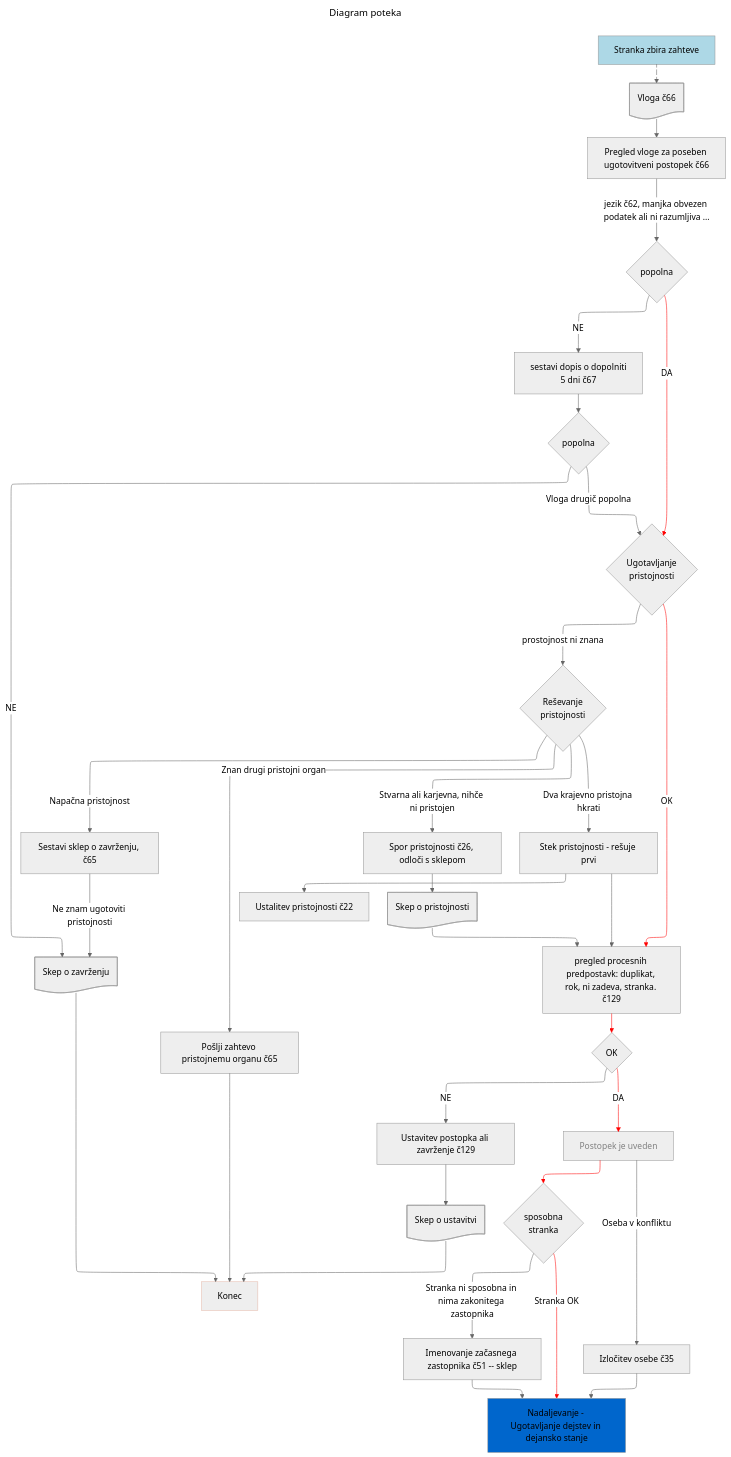
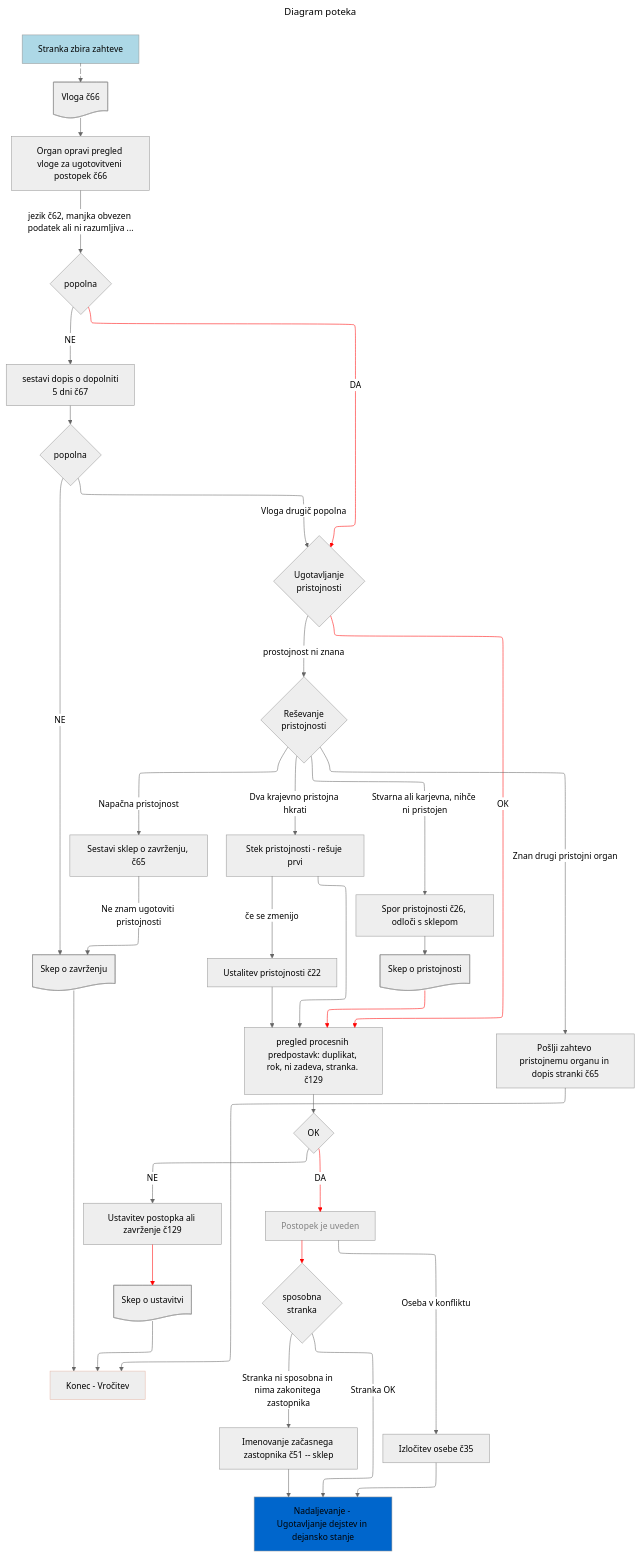
One commit to jernejiv/ZUP changed the diagram in podprocesi/ZUP-uvedba.md. Above: the diagram before and after it, drawn with Mermaid (neutral theme).

````diff
--- a/podprocesi/ZUP-uvedba.md
+++ b/podprocesi/ZUP-uvedba.md
@@ -2,55 +2,57 @@
 ```mermaid
 ---
 config:
   layout: elk
 title: Diagram poteka
 ---
 flowchart
 PUP[Stranka zbira zahteve]
 PUP e1@--> VLO@{shape: doc, label: "Vloga č66"}
-VLO --> PV[Pregled vloge za poseben ugotovitveni postopek č66]
+VLO --> PV[Organ opravi pregled vloge za ugotovitveni postopek č66]
 PV --> |jezik č62, manjka obvezen podatek ali ni razumljiva ...| V1{popolna}
 V1 --> |NE| DOD[sestavi dopis o dopolniti<BR> 5 dni č67]
 V1 --> |DA| UP{Ugotavljanje<BR> pristojnosti}
 DOD --> V3{popolna}
 V3 --> |NE| S13
 V3 --> |Vloga drugič popolna| UP
 UP --> |OK| PPP[pregled procesnih predpostavk: duplikat, rok, ni zadeva, stranka. č129]
 UP --> |prostojnost ni znana| UPRI{Reševanje<BR> pristojnosti}
 UPRI --> |Napačna pristojnost| NP[Sestavi sklep o zavrženju, č65]
-UPRI --> |Znan drugi pristojni organ| NP1[Pošlji zahtevo pristojnemu organu č65]
+UPRI --> |Znan drugi pristojni organ| NP1[Pošlji zahtevo pristojnemu organu in dopis stranki č65]
 NP --> |Ne znam ugotoviti pristojnosti| S13@{shape: doc, label: "Skep o zavrženju"}
 UPRI --> |Stvarna ali karjevna, nihče ni pristojen| UPSP[Spor pristojnosti č26, odloči s sklepom]
 UPRI --> |Dva krajevno pristojna hkrati| UPST[Stek pristojnosti - rešuje prvi]
-UPST --> USPRI[Ustalitev pristojnosti č22]
+UPST --> |če se zmenijo| USPRI[Ustalitev pristojnosti č22]
+  USPRI --> PPP
 UPSP --> S11@{shape: doc, label: "Skep o pristojnosti"}
 UPST --> PPP
 S11 --> PPP
 PPP --> V2{OK}
 V2 --> |NE| UPZ[Ustavitev postopka ali zavrženje č129]
 UPZ --> S12@{shape: doc, label: "Skep o ustavitvi"}
 V2 --> |DA| PU
 PU[Postopek je uveden]
 PU --> USS{sposobna<BR> stranka}
 USS --> |Stranka OK| UDDS
 USS --> |Stranka ni sposobna in nima zakonitega zastopnika| IZZ[Imenovanje začasnega zastopnika č51 -- sklep]
 IZZ --> UDDS
 PU --> |Oseba v konfliktu| IO[Izločitev osebe č35]
 IO --> UDDS
 UDDS[Nadaljevanje - Ugotavljanje dejstev in dejansko stanje]
 S13 --> KON
 S12 --> KON
 NP1 --> KON
-KON[Konec]
+KON[Konec - Vročitev]
 e1@{ animate: true }
 style PUP fill:#add8e6
 style KON stroke:#e6bbad
 style UDDS fill:#0066cc
 style PU color:#808080
 linkStyle 4 stroke:red;
 linkStyle 8 stroke:red;
 linkStyle 19 stroke:red;
 linkStyle 22 stroke:red;
 linkStyle 23 stroke:red;
 linkStyle 24 stroke:red;
+
 ```
````
